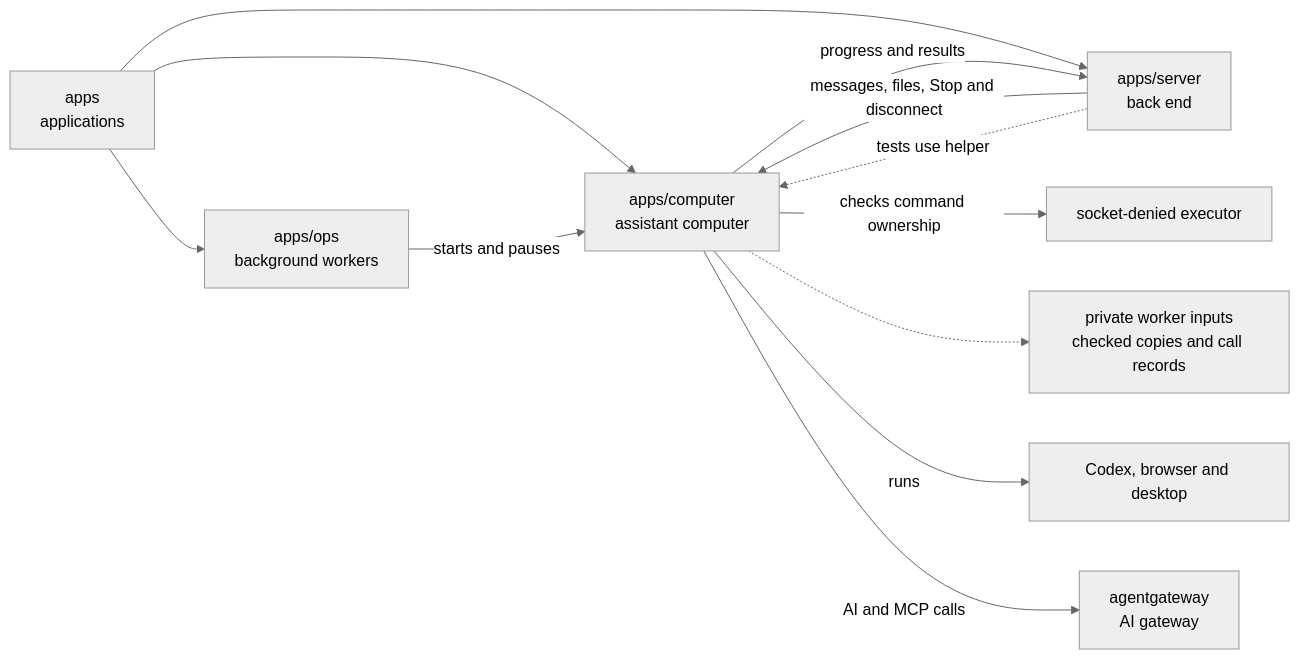
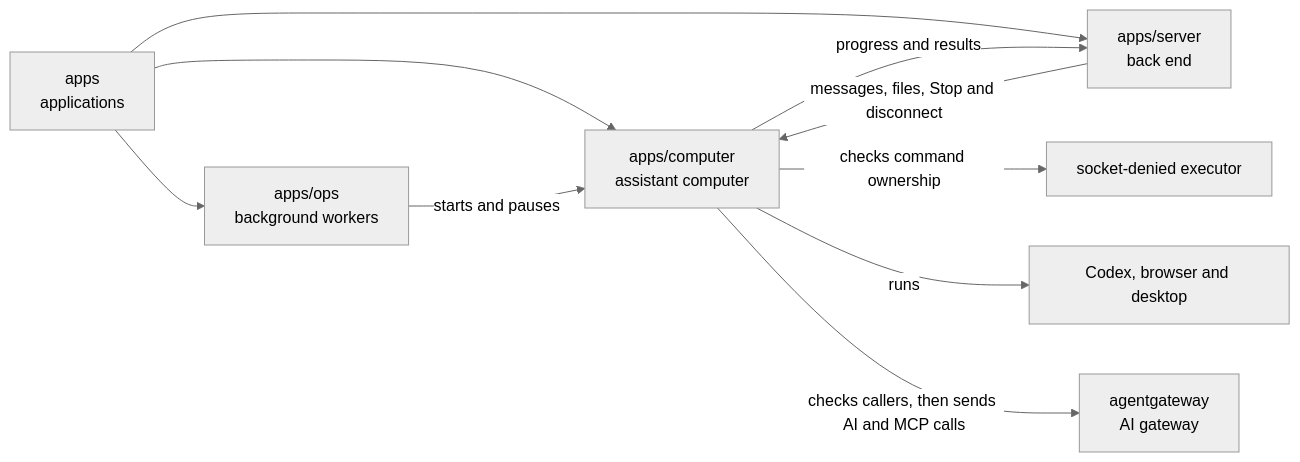
The diagram in apps/computer/README.md (elewa-git/opencrane-new), drawn with Mermaid (neutral theme) before and after one commit. The commit also changed other lines of this file and 3 other files, not shown here.

Commit message:
📝 Record private proxy checks and remaining launch work

````diff
--- a/apps/computer/README.md
+++ b/apps/computer/README.md
@@ -16,14 +16,12 @@
 ```mermaid
 flowchart LR
   apps["apps<br/>applications"] --> computer["apps/computer<br/>assistant computer"]
   apps --> ops["apps/ops<br/>background workers"]
   apps --> server["apps/server<br/>back end"]
   ops -->|starts and pauses| computer
   server -->|messages, files, Stop and disconnect| computer
-  server -.->|tests use helper| computer
   computer -->|progress and results| server
   computer -->|checks command ownership| executor["socket-denied executor"]
-  computer -.-> registrations["private worker inputs<br/>checked copies and call records"]
   computer -->|runs| desktop["Codex, browser and desktop"]
-  computer -->|AI and MCP calls| gateway["agentgateway<br/>AI gateway"]
+  computer -->|checks callers, then sends AI and MCP calls| gateway["agentgateway<br/>AI gateway"]
 ```
````
